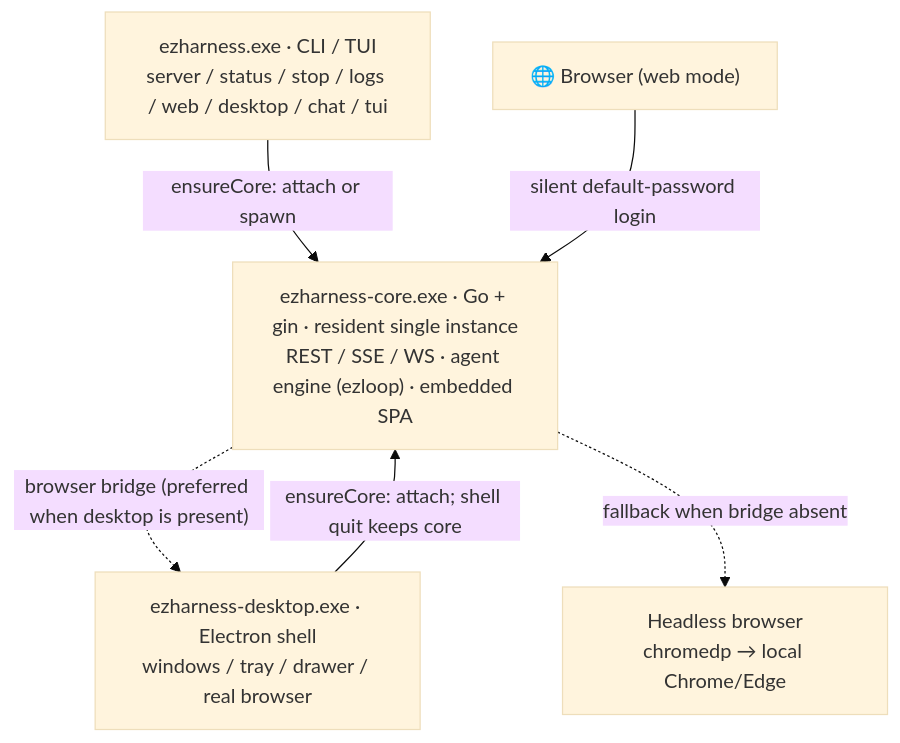
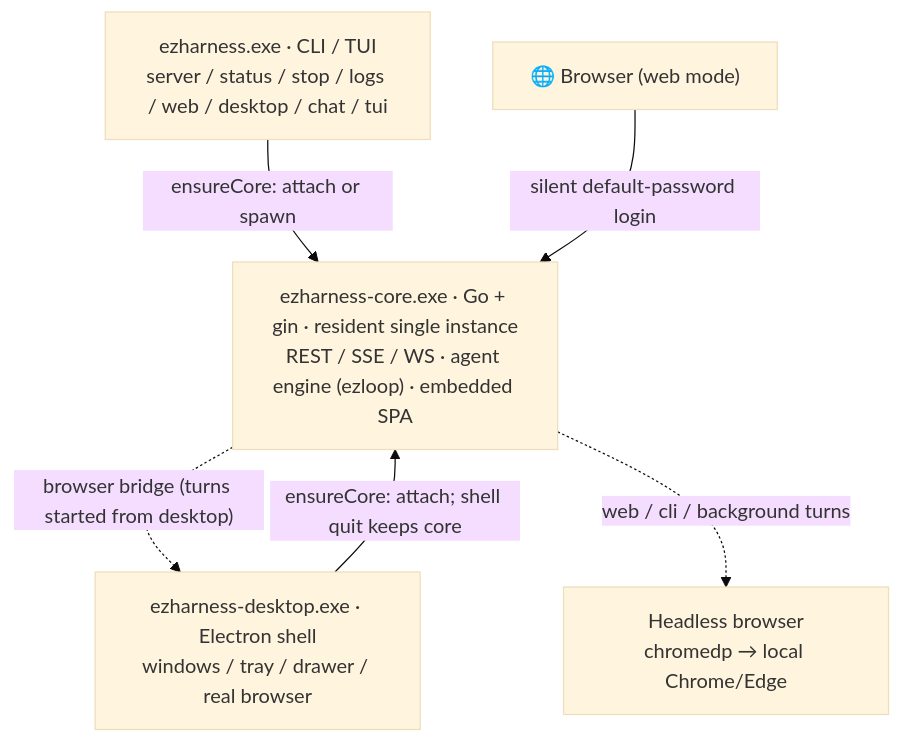
The diagram in README.en.md (xuanlv2002/ezharness), drawn with Mermaid (base theme) before and after one commit. The commit also changed 14 other files, not shown here.

Commit message:
fix(core): 浏览器后端按轮的来源端选，web/cli/后台轮不再落到桌面桥

````diff
--- a/README.en.md
+++ b/README.en.md
@@ -105,13 +105,13 @@
 ```mermaid
 flowchart TB
     CLI["ezharness.exe · CLI / TUI<br/>server / status / stop / logs / web / desktop / chat / tui"]
     DESK["ezharness-desktop.exe · Electron shell<br/>windows / tray / drawer / real browser"]
     WEB["🌐 Browser (web mode)"]
     CORE["ezharness-core.exe · Go + gin · resident single instance<br/>REST / SSE / WS · agent engine (ezloop) · embedded SPA"]
     HE["Headless browser<br/>chromedp → local Chrome/Edge"]
     CLI -- "ensureCore: attach or spawn" --> CORE
     DESK -- "ensureCore: attach; shell quit keeps core" --> CORE
     WEB -- "silent default-password login" --> CORE
-    CORE -. "browser bridge (preferred when desktop is present)" .-> DESK
-    CORE -. "fallback when bridge absent" .-> HE
+    CORE -. "browser bridge (turns started from desktop)" .-> DESK
+    CORE -. "web / cli / background turns" .-> HE
 ```
````
